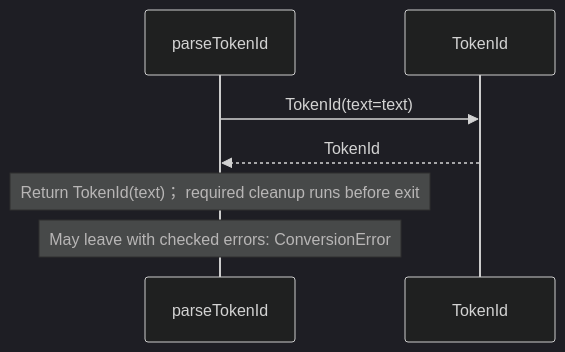
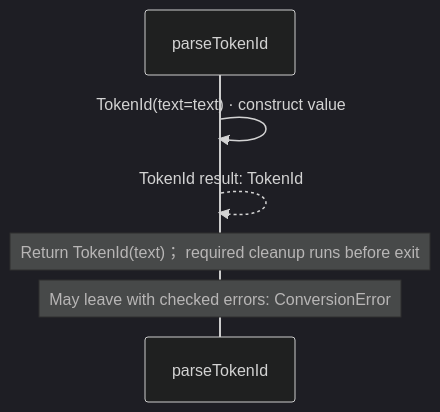
One commit to GreenPandaStudios/augscript changed the second of 4 diagrams in src/stdlib/values/text.aug.diagrams.md. Above: the diagram before and after it, drawn with Mermaid (dark theme). The commit also changed other lines of this file and 304 other files, not shown here.

Commit message:
Make generated data-flow sequences concise and review every diagram

````diff
--- a/src/stdlib/values/text.aug.diagrams.md
+++ b/src/stdlib/values/text.aug.diagrams.md
@@ -52,9 +38,9 @@
 ```mermaid
 sequenceDiagram
     participant p0 as parseTokenId
-    participant p1 as TokenId
-    p0->>p1: TokenId(text=text)
-    p1-->>p0: TokenId
+
+    p0->>p0: TokenId(text=text) · construct value
+    p0-->>p0: TokenId result: TokenId
     Note over p0: Return TokenId(text)； required cleanup runs before exit
     Note over p0: May leave with checked errors: ConversionError
 ```
````
